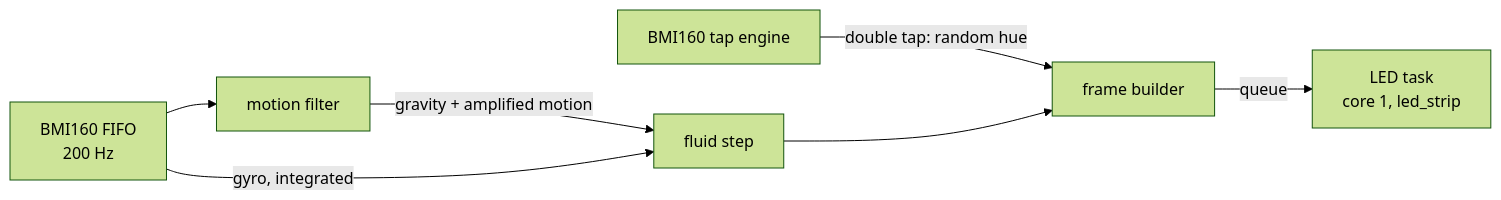
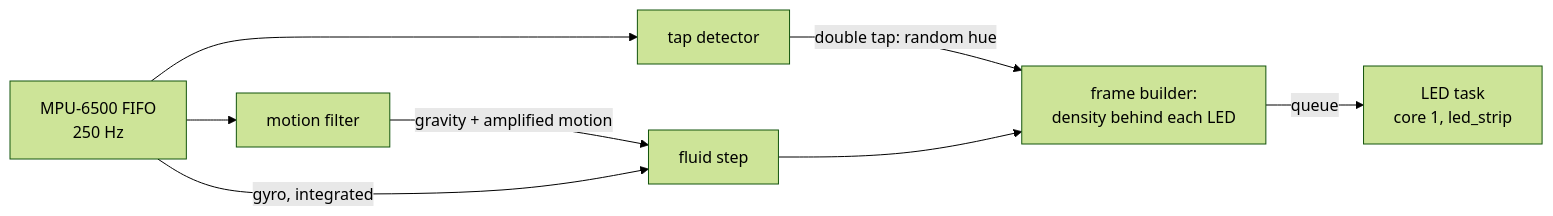
One commit to psytraxx/gravity-cube-espidf changed the third of 3 diagrams in README.md. Above: the diagram before and after it, drawn with Mermaid (forest theme). The commit also changed other lines of this file and 73 other files, not shown here.

````diff
--- a/README.md
+++ b/README.md
@@ -238,9 +197,10 @@
 ```mermaid
 flowchart LR
-    IMU[BMI160 FIFO<br/>200 Hz] --> MF[motion filter]
-    TAP[BMI160 tap engine] -->|double tap: random hue| FB
+    IMU[MPU-6500 FIFO<br/>250 Hz] --> TAP[tap detector]
+    IMU --> MF[motion filter]
+    TAP -->|double tap: random hue| FB
     MF -->|gravity + amplified motion| FX[fluid step]
     IMU -->|gyro, integrated| FX
-    FX --> FB[frame builder]
+    FX --> FB[frame builder:<br/>density behind each LED]
     FB -->|queue| LED[LED task<br/>core 1, led_strip]
 ```
````
